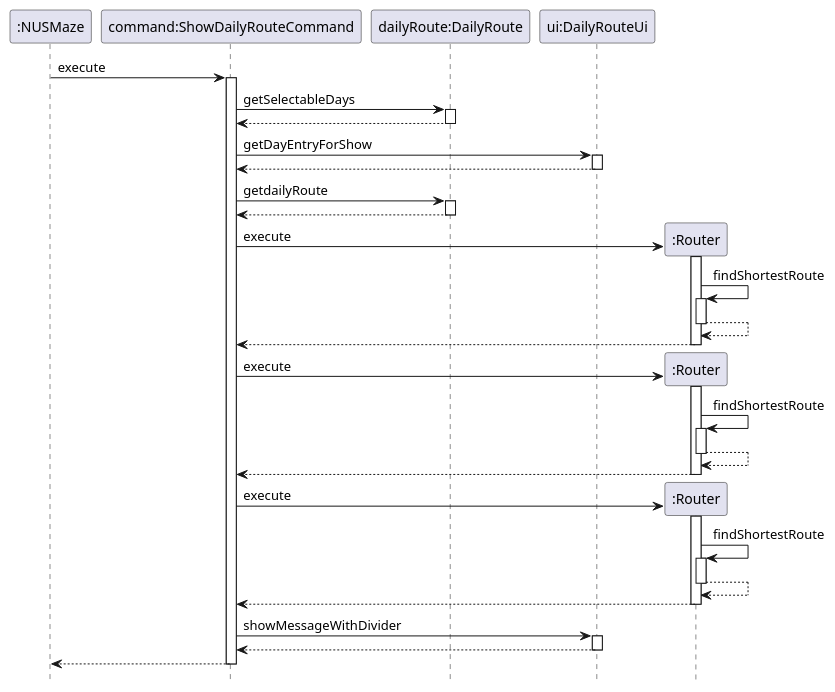
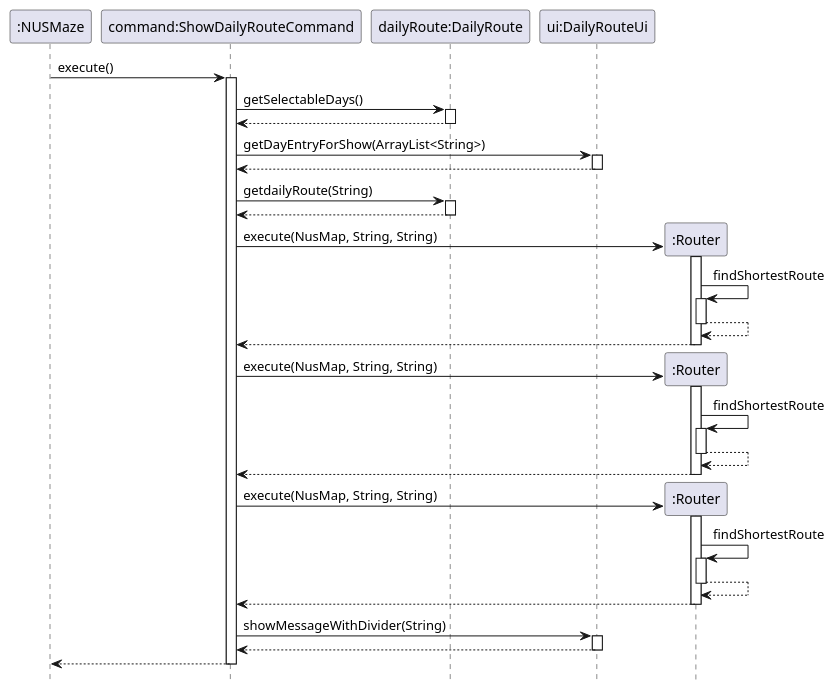
One commit to nus-cs2113-AY2021S2/tp changed the diagram in docs/puml/showday.puml. Above: the diagram before and after it, drawn with PlantUML. The commit also changed 5 other files, not shown here.

Commit message:
edited help command fixed uml diagram

```diff
--- a/docs/puml/showday.puml
+++ b/docs/puml/showday.puml
@@ -1,49 +1,48 @@
 @startuml
 hide footbox
 
 participant ":NUSMaze"
-":NUSMaze" -> "command:ShowDailyRouteCommand" : execute
+":NUSMaze" -> "command:ShowDailyRouteCommand" : execute()
 activate "command:ShowDailyRouteCommand"
-"command:ShowDailyRouteCommand" -> "dailyRoute:DailyRoute" : getSelectableDays
+"command:ShowDailyRouteCommand" -> "dailyRoute:DailyRoute" : getSelectableDays()
 activate "dailyRoute:DailyRoute"
 return
 deactivate "dailyRoute:DailyRoute"
-"command:ShowDailyRouteCommand" -> "ui:DailyRouteUi" : getDayEntryForShow
+"command:ShowDailyRouteCommand" -> "ui:DailyRouteUi" : getDayEntryForShow(ArrayList<String>)
 activate "ui:DailyRouteUi"
 return
 deactivate "ui:DailyRouteUi"
-"command:ShowDailyRouteCommand" -> "dailyRoute:DailyRoute" : getdailyRoute
+"command:ShowDailyRouteCommand" -> "dailyRoute:DailyRoute" : getdailyRoute(String)
 activate "dailyRoute:DailyRoute"
 return
 deactivate "dailyRoute:DailyRoute"
 
 create ":Router"
-"command:ShowDailyRouteCommand" -> ":Router" : execute
+"command:ShowDailyRouteCommand" -> ":Router" : execute(NusMap, String, String)
+activate ":Router"
+":Router" -> ":Router" : findShortestRoute
+activate ":Router"
+return
+return
+create ":Router"
+"command:ShowDailyRouteCommand" -> ":Router" : execute(NusMap, String, String)
+activate ":Router"
+":Router" -> ":Router" : findShortestRoute
+activate ":Router"
+return
+return
+create ":Router"
+"command:ShowDailyRouteCommand" -> ":Router" : execute(NusMap, String, String)
 activate ":Router"
 ":Router" -> ":Router" : findShortestRoute
 activate ":Router"
 return
 return
 
-create ":Router"
-"command:ShowDailyRouteCommand" -> ":Router" : execute
-activate ":Router"
-":Router" -> ":Router" : findShortestRoute
-activate ":Router"
-return
-return
-create ":Router"
-"command:ShowDailyRouteCommand" -> ":Router" : execute
-activate ":Router"
-":Router" -> ":Router" : findShortestRoute
-activate ":Router"
-return
-return
-
-"command:ShowDailyRouteCommand" -> "ui:DailyRouteUi": showMessageWithDivider
+"command:ShowDailyRouteCommand" -> "ui:DailyRouteUi": showMessageWithDivider(String)
 activate "ui:DailyRouteUi"
 return
 deactivate "ui:DailyRouteUi"
 "command:ShowDailyRouteCommand" --> ":NUSMaze"
 deactivate "command:ShowDailyRouteCommand"
 @enduml
```
